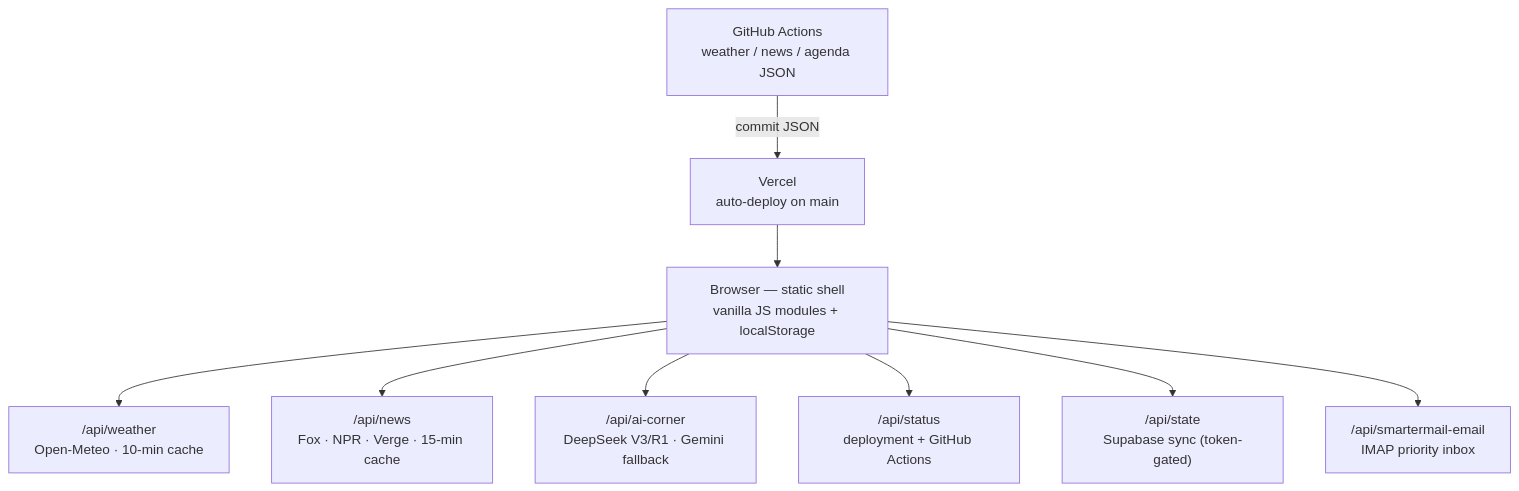
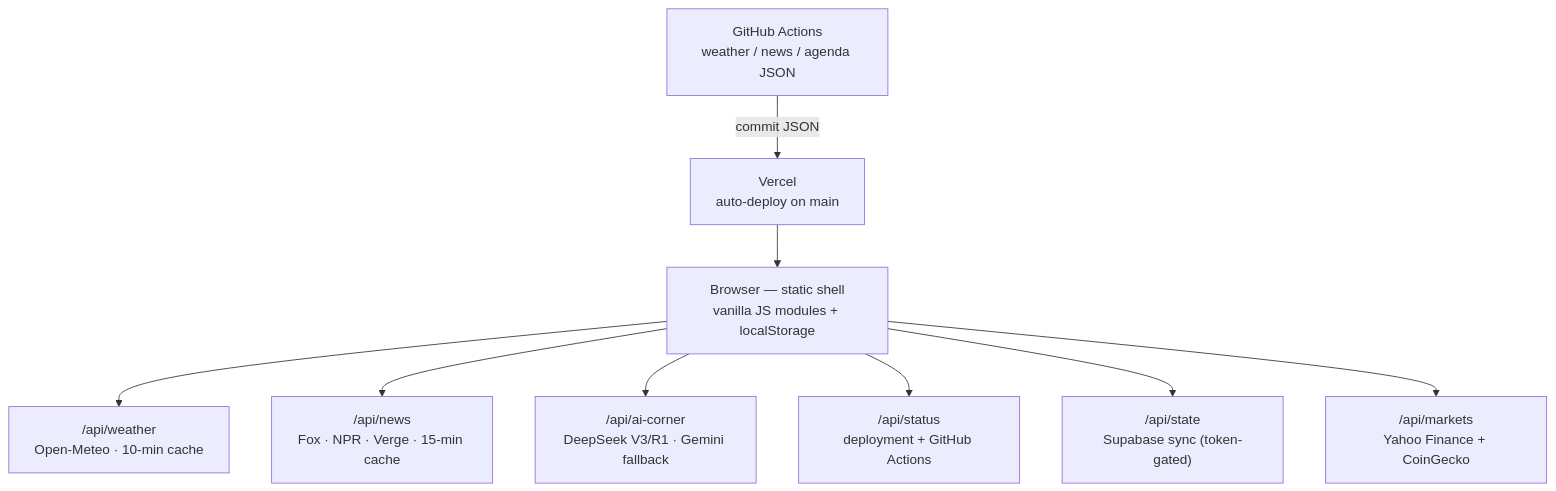
The diagram in README.md (fortunskitchenbar-ship-it/Keith-Otter), drawn with Mermaid before and after one commit. The commit also changed other lines of this file and 21 other files, not shown here.

````diff
--- a/README.md
+++ b/README.md
@@ -45,20 +49,20 @@
 ```mermaid
 flowchart TD
     B["Browser — static shell<br/>vanilla JS modules + localStorage"]
     W["/api/weather<br/>Open-Meteo · 10-min cache"]
     N["/api/news<br/>Fox · NPR · Verge · 15-min cache"]
     A["/api/ai-corner<br/>DeepSeek V3/R1 · Gemini fallback"]
     S["/api/status<br/>deployment + GitHub Actions"]
     Y["/api/state<br/>Supabase sync (token-gated)"]
-    E["/api/smartermail-email<br/>IMAP priority inbox"]
+    E["/api/markets<br/>Yahoo Finance + CoinGecko"]
     G["GitHub Actions<br/>weather / news / agenda JSON"]
     V["Vercel<br/>auto-deploy on main"]
 
     B --> W
     B --> N
     B --> A
     B --> S
     B --> Y
     B --> E
     G -- commit JSON --> V --> B
 ```
````
